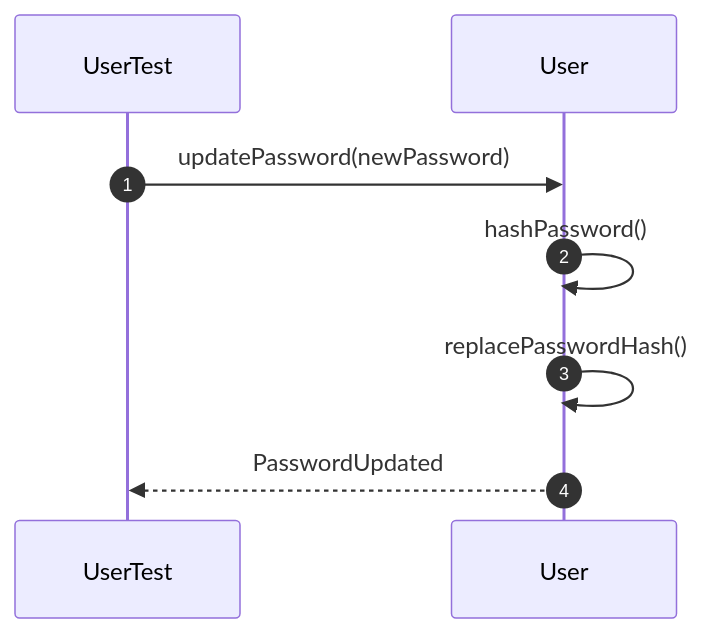
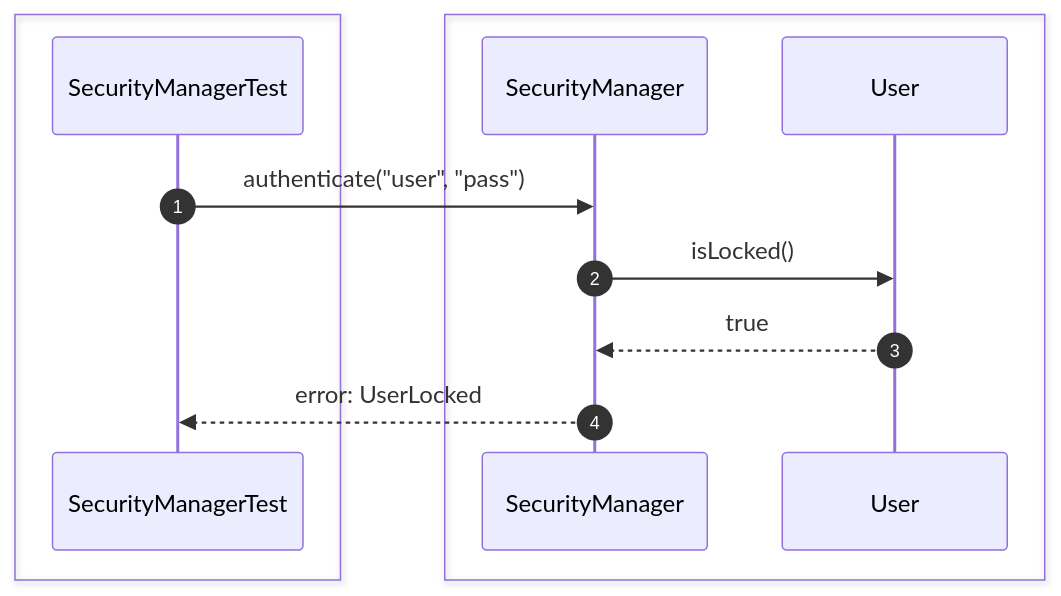
One commit to Huy1801214/dbms-architecture changed the sixth of 35 diagrams in src/sequence/security.md. Above: the diagram before and after it, drawn with Mermaid. The commit also changed other lines of this file and 10 other files, not shown here.

Commit message:
add comprehensive sequence diagrams and documentation for system architecture and unit testing specifications

````diff
--- a/src/sequence/security.md
+++ b/src/sequence/security.md
@@ -106,14 +104,17 @@
-```mermaid 
+```mermaid
 sequenceDiagram
     autonumber
-    participant Test as UserTest
-    participant User
 
-    Test->>User: updatePassword(newPassword)
+    box #e1f5fe Test Suite
+    participant Test as SecurityManagerTest
+    end
+    box #e3f2fd Security Components
+    participant Security as SecurityManager
+    participant User as User
+    end
 
-    User->>User: hashPassword()
-
-    User->>User: replacePasswordHash()
-
-    User-->>Test: PasswordUpdated
+    Test->>Security: authenticate("user", "pass")
+    Security->>User: isLocked()
+    User-->>Security: true
+    Security-->>Test: error: UserLocked
 ```
````
